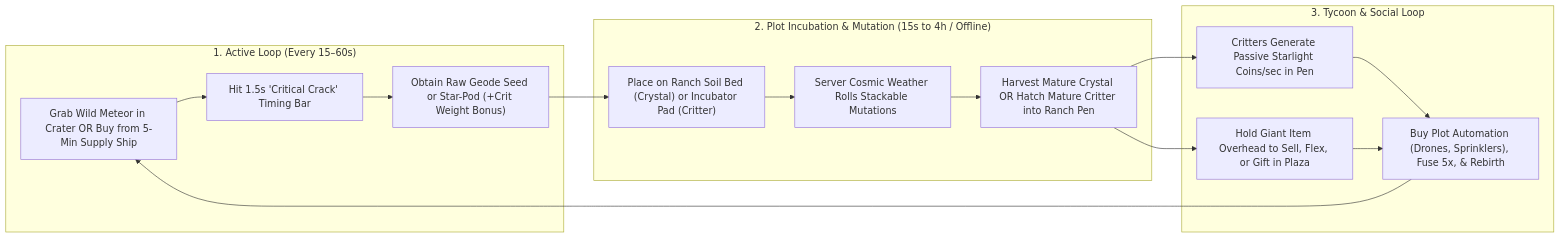
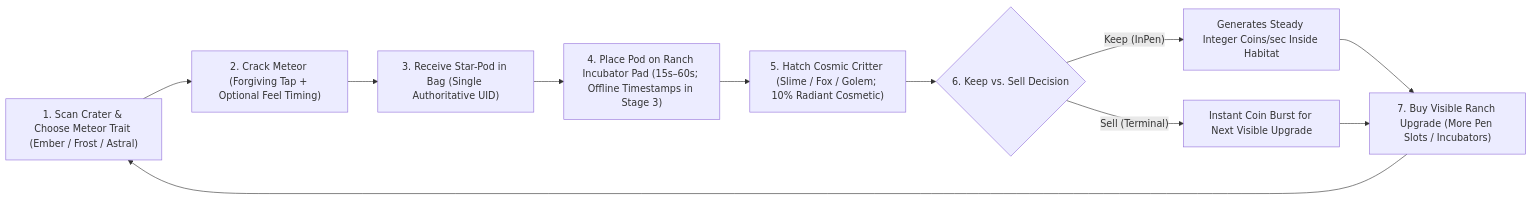
The diagram in docs/GAME_DESIGN.md (jtchu22-debug/roblox-game-project), drawn with Mermaid before and after one commit. The commit also changed other lines of this file and 10 other files, not shown here.

````diff
--- a/docs/GAME_DESIGN.md
+++ b/docs/GAME_DESIGN.md
@@ -36,18 +38,12 @@
 ```mermaid
 flowchart LR
-    subgraph Active ["1. Active Loop (Every 15–60s)"]
-        A1["Grab Wild Meteor in Crater OR Buy from 5-Min Supply Ship"] --> A2["Hit 1.5s 'Critical Crack' Timing Bar"]
-        A2 --> A3["Obtain Raw Geode Seed or Star-Pod (+Crit Weight Bonus)"]
-    end
-    subgraph Plot ["2. Plot Incubation & Mutation (15s to 4h / Offline)"]
-        A3 --> P1["Place on Ranch Soil Bed (Crystal) or Incubator Pad (Critter)"]
-        P1 --> P2["Server Cosmic Weather Rolls Stackable Mutations"]
-        P2 --> P3["Harvest Mature Crystal OR Hatch Mature Critter into Ranch Pen"]
-    end
-    subgraph Economy ["3. Tycoon & Social Loop"]
-        P3 --> E1["Critters Generate Passive Starlight Coins/sec in Pen"]
-        P3 --> E2["Hold Giant Item Overhead to Sell, Flex, or Gift in Plaza"]
-        E1 & E2 --> E3["Buy Plot Automation (Drones, Sprinklers), Fuse 5x, & Rebirth"]
-    end
-    E3 --> A1
+    M["1. Scan Crater & Choose Meteor Trait (Ember / Frost / Astral)"] --> C["2. Crack Meteor (Forgiving Tap + Optional Feel Timing)"]
+    C --> P["3. Receive Star-Pod in Bag (Single Authoritative UID)"]
+    P --> I["4. Place Pod on Ranch Incubator Pad (15s–60s; Offline Timestamps in Stage 3)"]
+    I --> H["5. Hatch Cosmic Critter (Slime / Fox / Golem; 10% Radiant Cosmetic)"]
+    H --> D{"6. Keep vs. Sell Decision"}
+    D -->|"Keep (InPen)"| K["Generates Steady Integer Coins/sec Inside Habitat"]
+    D -->|"Sell (Terminal)"| S["Instant Coin Burst for Next Visible Upgrade"]
+    K & S --> U["7. Buy Visible Ranch Upgrade (More Pen Slots / Incubators)"]
+    U --> M
 ```
````
